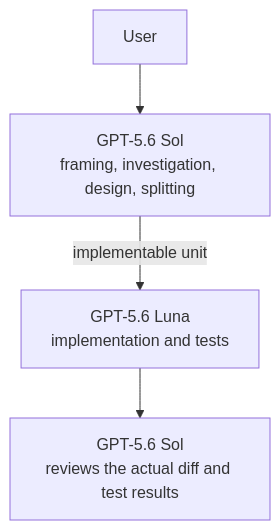
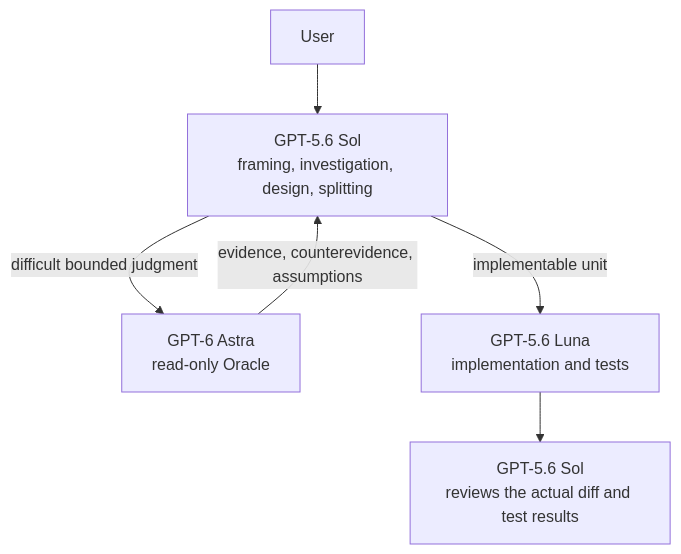
Before and after one commit to whitedoll99/codex-exosphere: the first of 3 diagrams in README_en.md, drawn with Mermaid. The commit also changed other lines of this file and 12 other files, not shown here.

````diff
--- a/README_en.md
+++ b/README_en.md
@@ -21,6 +21,8 @@
 ```mermaid
 flowchart TD
     U["User"] --> S1["GPT-5.6 Sol<br/>framing, investigation, design, splitting"]
+    S1 -->|"difficult bounded judgment"| A["GPT-6 Astra<br/>read-only Oracle"]
+    A -->|"evidence, counterevidence, assumptions"| S1
     S1 -->|"implementable unit"| L["GPT-5.6 Luna<br/>implementation and tests"]
     L --> S2["GPT-5.6 Sol<br/>reviews the actual diff and test results"]
 ```
````
